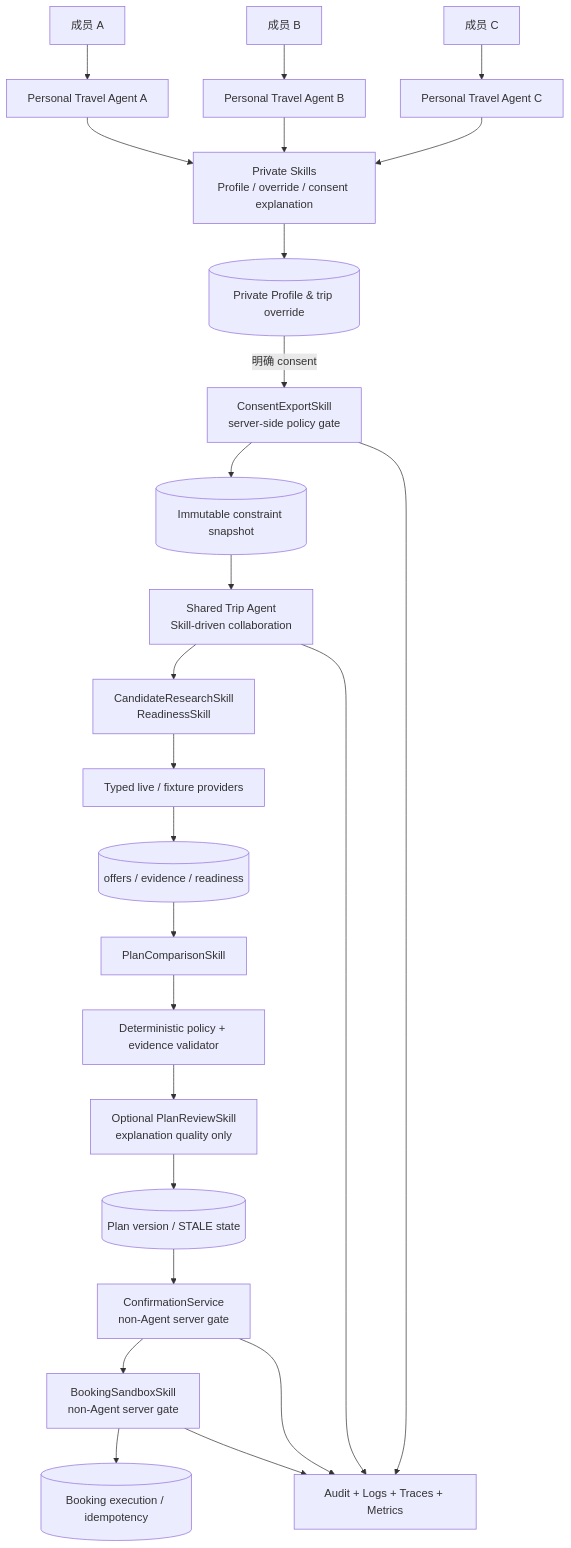
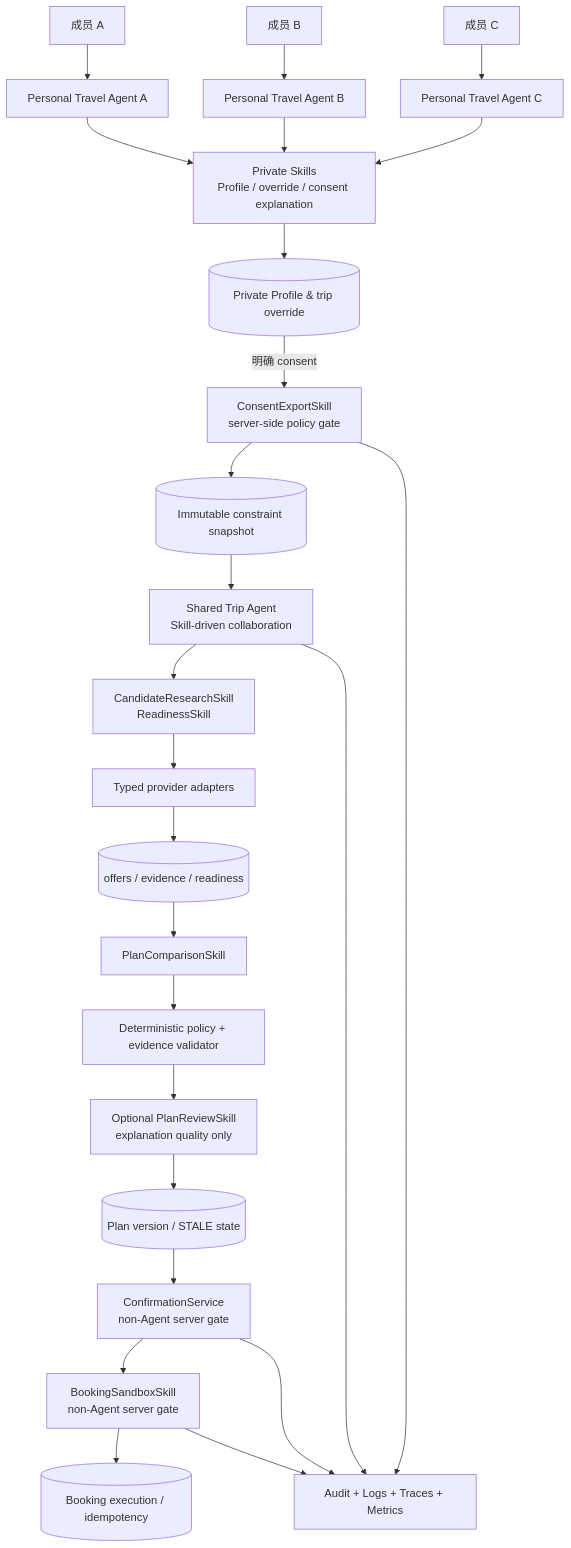
Before and after one commit to KuGua/wanderly-ai-travel-agent: the diagram in docs/agent-architecture.md, drawn with Mermaid. The commit also changed other lines of this file and 15 other files, not shown here.

```diff
--- a/docs/agent-architecture.md
+++ b/docs/agent-architecture.md
@@ -349,33 +350,33 @@
 ~~~mermaid
 flowchart TB
   U1["成员 A"] --> PA1["Personal Travel Agent A"]
   U2["成员 B"] --> PA2["Personal Travel Agent B"]
   U3["成员 C"] --> PA3["Personal Travel Agent C"]
 
   PA1 --> PS["Private Skills<br/>Profile / override / consent explanation"]
   PA2 --> PS
   PA3 --> PS
   PS --> PROFILE[("Private Profile & trip override")]
 
   PROFILE -->|"明确 consent"| CES["ConsentExportSkill<br/>server-side policy gate"]
   CES --> SNAP[("Immutable constraint snapshot")]
 
   SNAP --> STA["Shared Trip Agent<br/>Skill-driven collaboration"]
   STA --> RESEARCH["CandidateResearchSkill<br/>ReadinessSkill"]
-  RESEARCH --> PROVIDERS["Typed live / fixture providers"]
+  RESEARCH --> PROVIDERS["Typed provider adapters"]
   PROVIDERS --> EVID[("offers / evidence / readiness")]
 
   EVID --> PLAN["PlanComparisonSkill"]
   PLAN --> VALID["Deterministic policy + evidence validator"]
   VALID --> REVIEW["Optional PlanReviewSkill<br/>explanation quality only"]
   REVIEW --> PLANSTATE[("Plan version / STALE state")]
 
   PLANSTATE --> CONF["ConfirmationService<br/>non-Agent server gate"]
   CONF --> BOOK["BookingSandboxSkill<br/>non-Agent server gate"]
   BOOK --> EXEC[("Booking execution / idempotency")]
 
   CES --> OBS["Audit + Logs + Traces + Metrics"]
   STA --> OBS
   CONF --> OBS
   BOOK --> OBS
 ~~~
```
